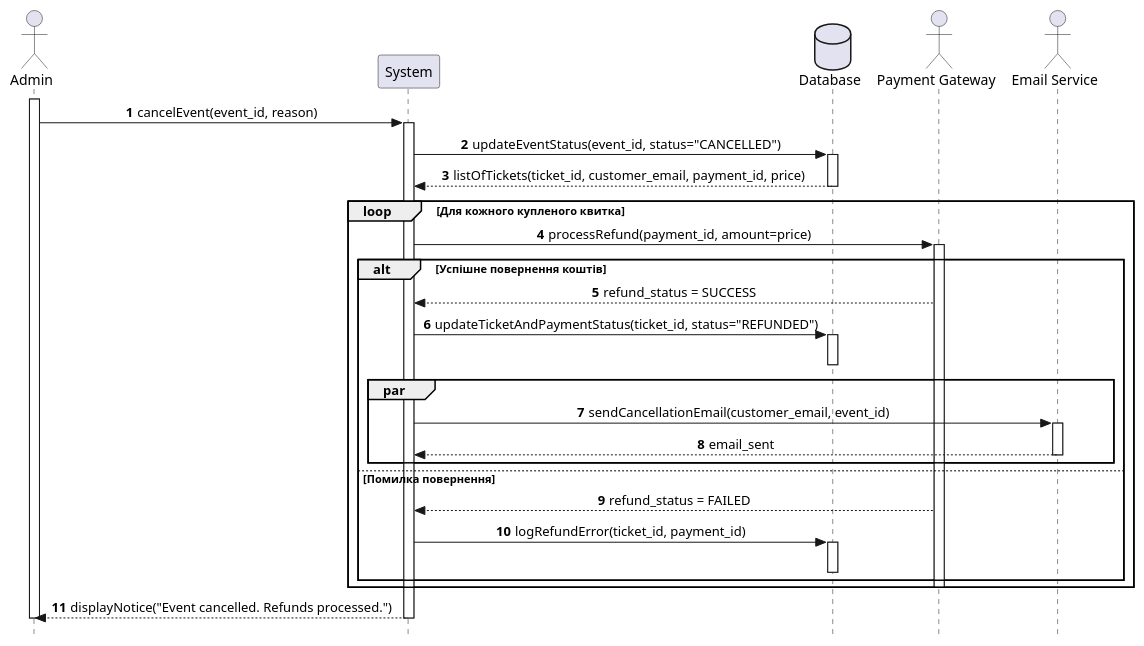
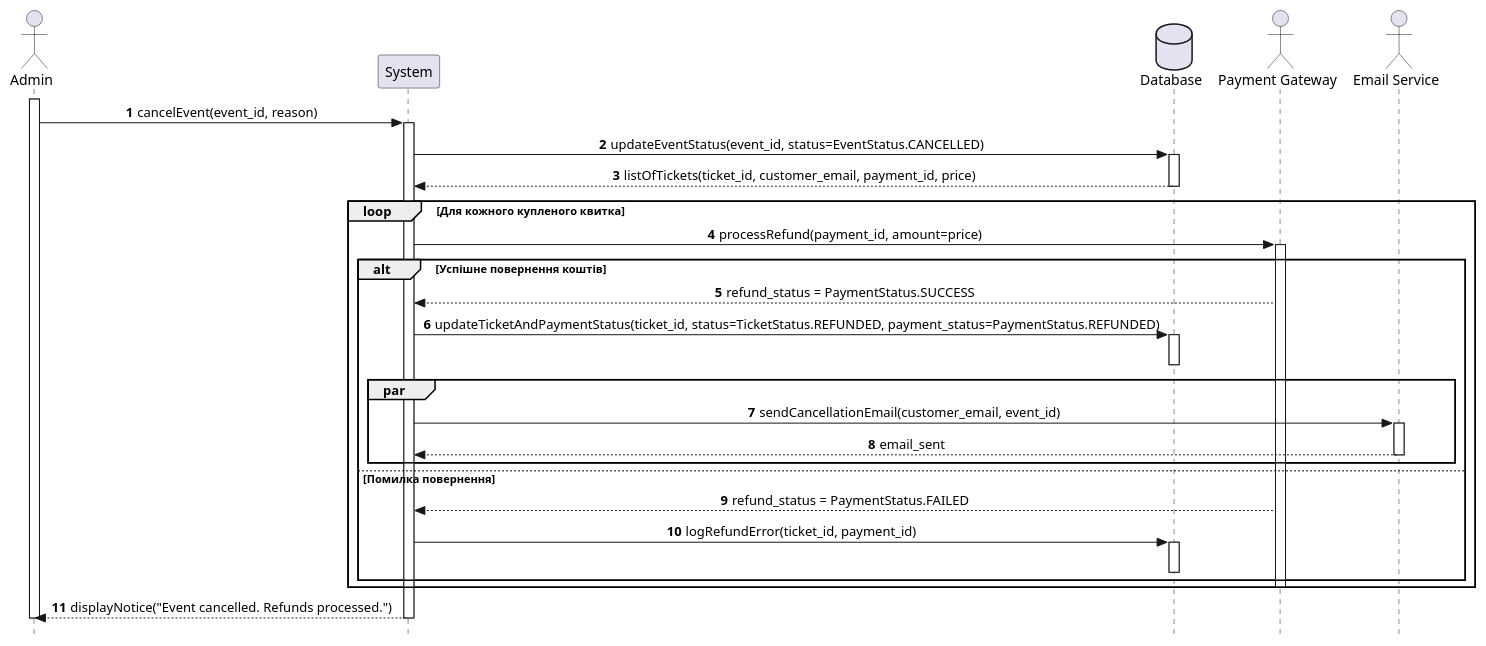
Before and after one commit to anastasiiaaz/2-course-mavpz: the diagram in lab3/scenario2.puml, drawn with PlantUML. The commit also changed 3 other files, not shown here.

```diff
--- a/lab3/scenario2.puml
+++ b/lab3/scenario2.puml
@@ -1,53 +1,53 @@
 @startuml cancel_event
 autonumber
 skinparam Style strictuml
 skinparam SequenceMessageAlignment center
 
 actor "Admin" as A
 participant "System" as App
 database "Database" as DB
 actor "Payment Gateway" as PG
 actor "Email Service" as ES
 
 activate A
 A -> App : cancelEvent(event_id, reason)
 activate App
 
-App -> DB : updateEventStatus(event_id, status="CANCELLED")
+App -> DB : updateEventStatus(event_id, status=EventStatus.CANCELLED)
 activate DB
 DB --> App : listOfTickets(ticket_id, customer_email, payment_id, price)
 deactivate DB
 
 loop Для кожного купленого квитка
     App -> PG : processRefund(payment_id, amount=price)
     activate PG
     
     alt Успішне повернення коштів
-        PG --> App : refund_status = SUCCESS
+        PG --> App : refund_status = PaymentStatus.SUCCESS
         
-        App -> DB : updateTicketAndPaymentStatus(ticket_id, status="REFUNDED")
+        App -> DB : updateTicketAndPaymentStatus(ticket_id, status=TicketStatus.REFUNDED, payment_status=PaymentStatus.REFUNDED)
         activate DB
         deactivate DB
         
         par
             App -> ES : sendCancellationEmail(customer_email, event_id)
             activate ES
             ES --> App : email_sent
             deactivate ES
         end
 
     else Помилка повернення
-        PG --> App : refund_status = FAILED
+        PG --> App : refund_status = PaymentStatus.FAILED
         App -> DB : logRefundError(ticket_id, payment_id)
         activate DB
         deactivate DB
     end
     
     deactivate PG
 end
 
 App --> A : displayNotice("Event cancelled. Refunds processed.")
 
 deactivate App
 deactivate A
 @enduml
```
